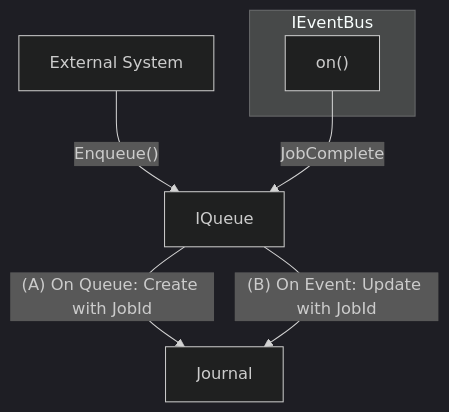
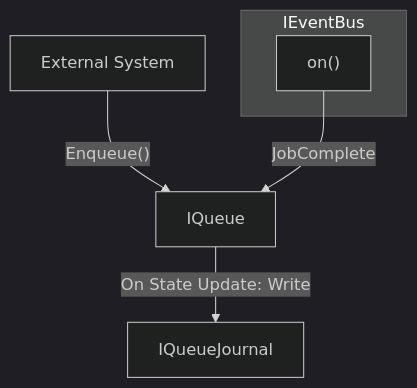
The first of 2 diagrams in packages/reactor/docs/planning/Queue/index.md (powerhouse-inc/powerhouse), drawn with Mermaid (dark theme) before and after one commit. The commit also changed other lines of this file and 5 other files, not shown here.

````diff
--- a/packages/reactor/docs/planning/Queue/index.md
+++ b/packages/reactor/docs/planning/Queue/index.md
@@ -32,13 +66,12 @@
 ```mermaid
 graph TD
 
   ES["External System"] -->|"Enqueue()"|AQueue
   ASub -->|"JobComplete"| AQueue["IQueue"]
-  AQueue -->|"(A) On Queue: Create with JobId"| Journal
-  AQueue -->|"(B) On Event: Update with JobId"| Journal
+  AQueue -->|"On State Update: Write"| Journal["IQueueJournal"]
 
   subgraph AEvents["IEventBus"]
       ASub["on()"]
   end
 
 ```
````
